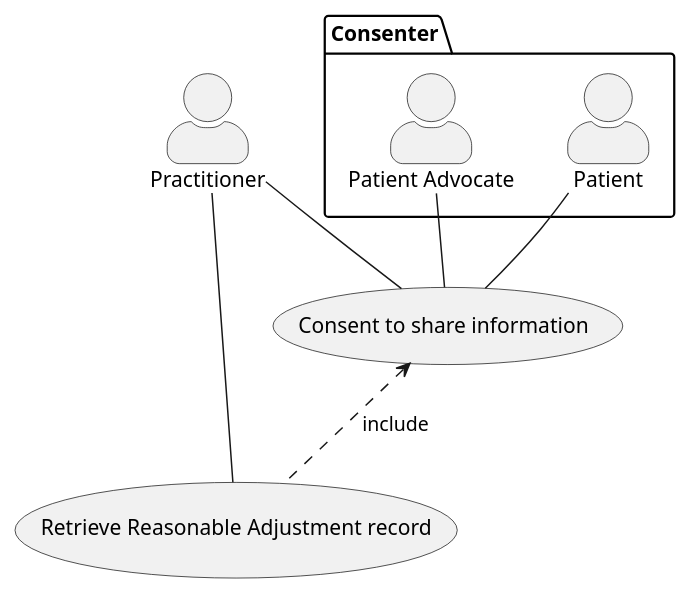
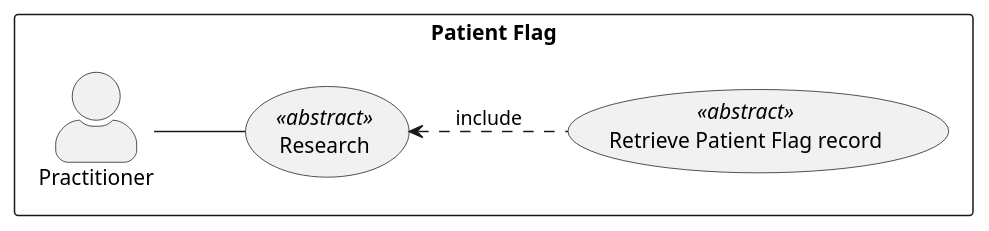
The diagram in input/images-source/retrieve-pf-record-usecase.plantuml (NHSDigital/ra-sandbox), drawn with PlantUML before and after one commit. The commit also changed 2 other files, not shown here.

Commit message:
retrieve pf record diags

```diff
--- a/input/images-source/retrieve-pf-record-usecase.plantuml
+++ b/input/images-source/retrieve-pf-record-usecase.plantuml
@@ -1,21 +1,15 @@
 @startuml
 
 skinparam actorStyle awesome
+left to right direction
 
+rectangle "Patient Flag"{
 actor Practitioner as pra
-package Consenter {
-  actor "Patient Advocate" as pad
-  actor Patient as pat
+usecase "Research" as res <<abstract>>
+usecase "Retrieve Patient Flag record" as ret <<abstract>>
 }
 
-usecase "Consent to share information" as CON
-usecase "Retrieve Reasonable Adjustment record" as RET
-
-pat -- CON
-pad -- CON
-pra -- CON
-pra -- RET
-
-CON <.. RET : include
+pra -- res
+res <.. ret : include
 
 @enduml
```
